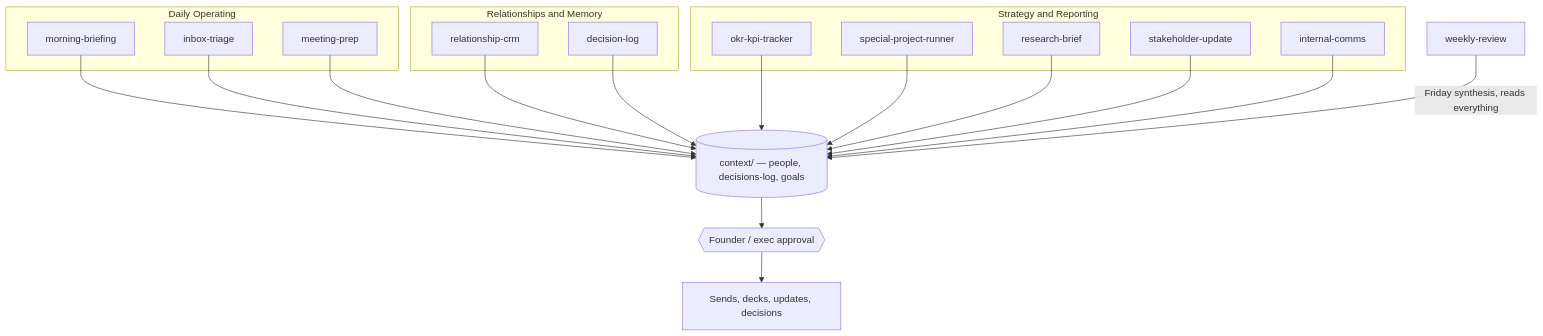
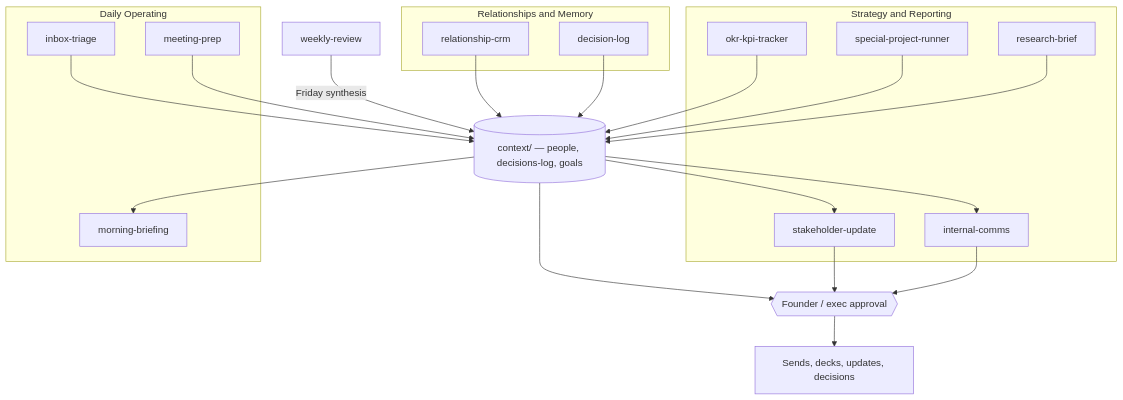
The diagram in README.md (Mrrqaz/operator-os), drawn with Mermaid before and after one commit. The commit also changed other lines of this file and 12 other files, not shown here.

````diff
--- a/README.md
+++ b/README.md
@@ -17,40 +17,42 @@
 ```mermaid
 flowchart TD
     subgraph Daily["Daily Operating"]
         MB[morning-briefing]
         IT[inbox-triage]
         MP[meeting-prep]
     end
 
     subgraph Memory["Relationships and Memory"]
         RCRM[relationship-crm]
         DL[decision-log]
     end
 
     subgraph Strategy["Strategy and Reporting"]
         OKR[okr-kpi-tracker]
         SPR[special-project-runner]
         RB[research-brief]
         SU[stakeholder-update]
         IC[internal-comms]
     end
 
     WR[weekly-review]
     CTX[("context/ — people, decisions-log, goals")]
     GATE{{"Founder / exec approval"}}
 
-    MB --> CTX
+    CTX --> MB
     IT --> CTX
     MP --> CTX
     RCRM --> CTX
     DL --> CTX
     OKR --> CTX
     SPR --> CTX
     RB --> CTX
-    SU --> CTX
-    IC --> CTX
-    WR -->|Friday synthesis, reads everything| CTX
+    CTX --> SU
+    CTX --> IC
+    WR -->|Friday synthesis| CTX
 
     CTX --> GATE
+    SU --> GATE
+    IC --> GATE
     GATE --> SEND["Sends, decks, updates, decisions"]
 ```
````
